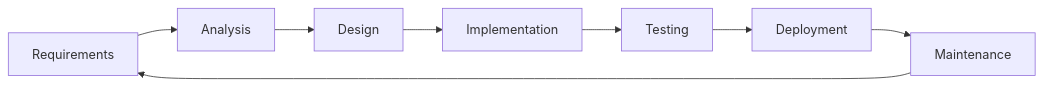
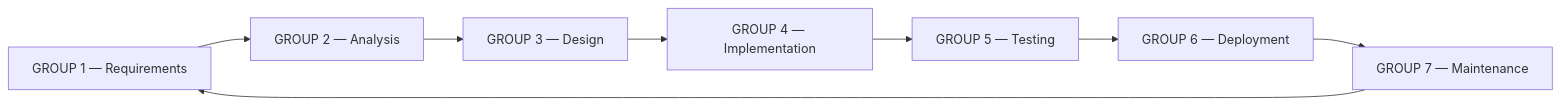
One commit to folamiwuraolaa/roomledger changed the eighth of 8 diagrams in docs/diagrams.md. Above: the diagram before and after it, drawn with Mermaid. The commit also changed other lines of this file and 22 other files, not shown here.

Commit message:
complete super admin and onboarding flows improve authentication, onboarding, and documentation"

````diff
--- a/docs/diagrams.md
+++ b/docs/diagrams.md
@@ -43,4 +185,10 @@
 ```mermaid
 flowchart LR
-  Requirements --> Analysis --> Design --> Implementation --> Testing --> Deployment --> Maintenance --> Requirements
+    A["GROUP 1 — Requirements"] --> B["GROUP 2 — Analysis"]
+    B --> C["GROUP 3 — Design"]
+    C --> D["GROUP 4 — Implementation"]
+    D --> E["GROUP 5 — Testing"]
+    E --> F["GROUP 6 — Deployment"]
+    F --> G["GROUP 7 — Maintenance"]
+    G --> A
 ```
````
